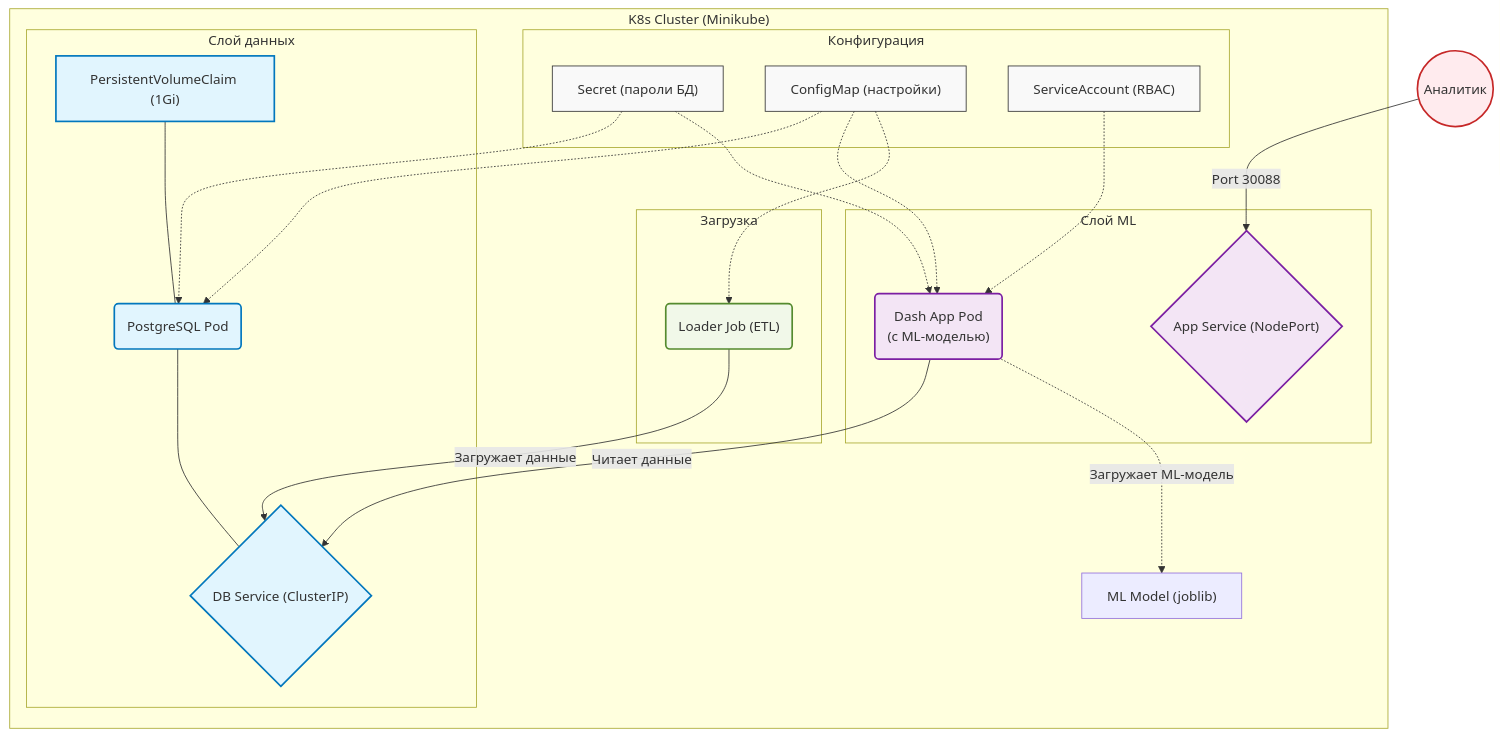
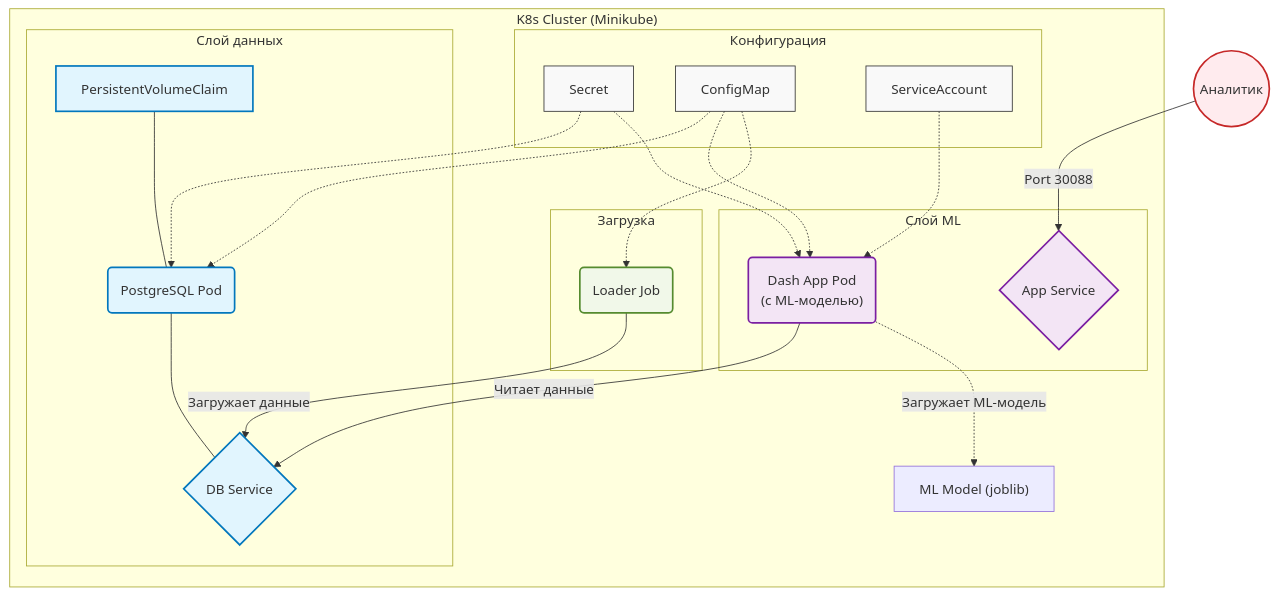
One commit to Scortlin/Devops_lr changed the diagram in lab_03/REPORT.md. Above: the diagram before and after it, drawn with Mermaid. The commit also changed other lines of this file, not shown here.

````diff
--- a/lab_03/REPORT.md
+++ b/lab_03/REPORT.md
@@ -26,53 +26,53 @@
 ```mermaid
 graph TD
     classDef config fill:#f9f9f9,stroke:#333,stroke-width:1px;
     classDef db fill:#e1f5fe,stroke:#0277bd,stroke-width:2px;
     classDef app fill:#fff3e0,stroke:#ef6c00,stroke-width:2px;
     classDef batch fill:#f1f8e9,stroke:#558b2f,stroke-width:2px;
     classDef user fill:#ffebee,stroke:#c62828,stroke-width:2px;
     classDef ml fill:#f3e5f5,stroke:#7b1fa2,stroke-width:2px;
 
     subgraph K8s_Cluster ["K8s Cluster (Minikube)"]
         
         subgraph Configs ["Конфигурация"]
-            SEC["Secret (пароли БД)"]
-            CM["ConfigMap (настройки)"]
-            SA["ServiceAccount (RBAC)"]
+            SEC["Secret"]
+            CM["ConfigMap"]
+            SA["ServiceAccount"]
         end
 
         subgraph Database ["Слой данных"]
-            PVC["PersistentVolumeClaim (1Gi)"]
+            PVC["PersistentVolumeClaim"]
             DB_POD("PostgreSQL Pod")
-            DB_SVC{"DB Service (ClusterIP)"}
+            DB_SVC{"DB Service"}
         end
 
         subgraph ML_Model ["Слой ML"]
             MODEL_POD("Dash App Pod<br/>(с ML-моделью)")
-            MODEL_SVC{"App Service (NodePort)"}
+            MODEL_SVC{"App Service"}
         end
 
         subgraph Data ["Загрузка"]
-            JOB("Loader Job (ETL)")
+            JOB("Loader Job")
         end
 
         SEC -.-> DB_POD
         SEC -.-> MODEL_POD
         CM -.-> DB_POD
         CM -.-> MODEL_POD
         CM -.-> JOB
         SA -.-> MODEL_POD
         PVC --- DB_POD
         DB_POD --- DB_SVC
         JOB -->|Загружает данные| DB_SVC
         MODEL_POD -->|Читает данные| DB_SVC
         MODEL_POD -.->|Загружает ML-модель| MODEL["ML Model (joblib)"]
     end
 
     User(("Аналитик")) -->|Port 30088| MODEL_SVC:::user
 
     class SEC,CM,SA config;
     class PVC,DB_POD,DB_SVC db;
     class MODEL_POD,MODEL_SVC ml;
     class JOB batch;
     class User user;
 ```
````
